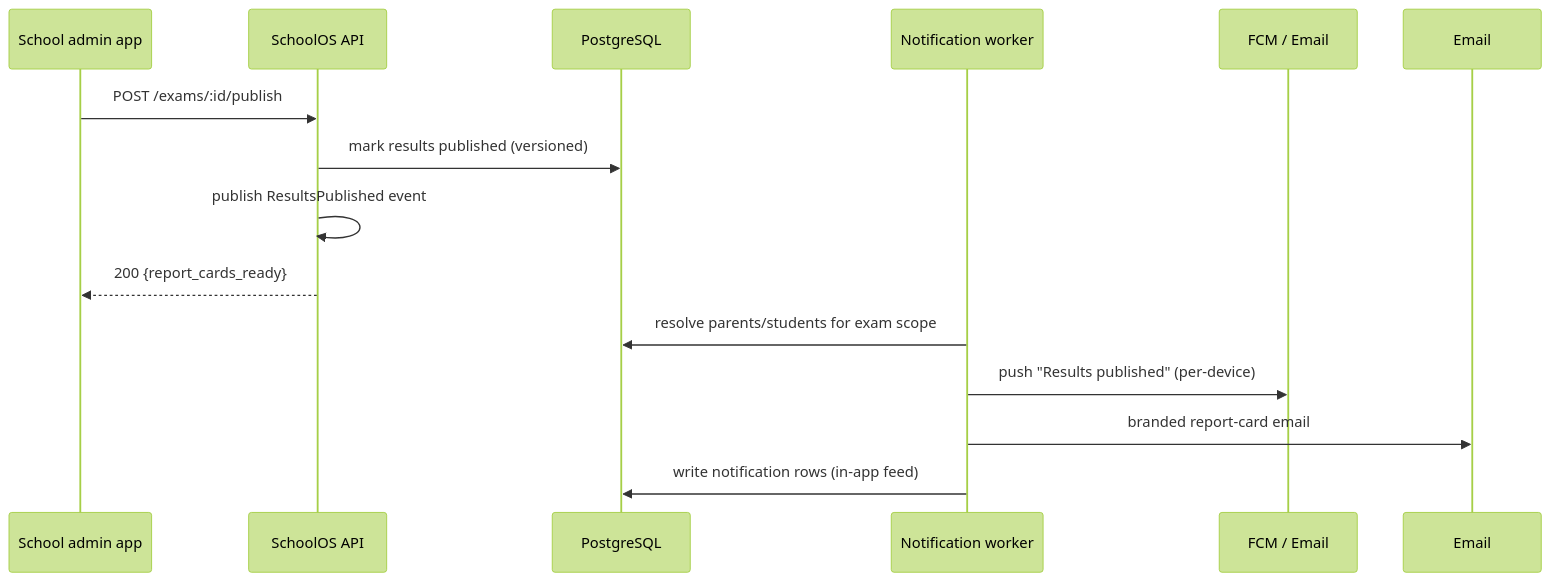
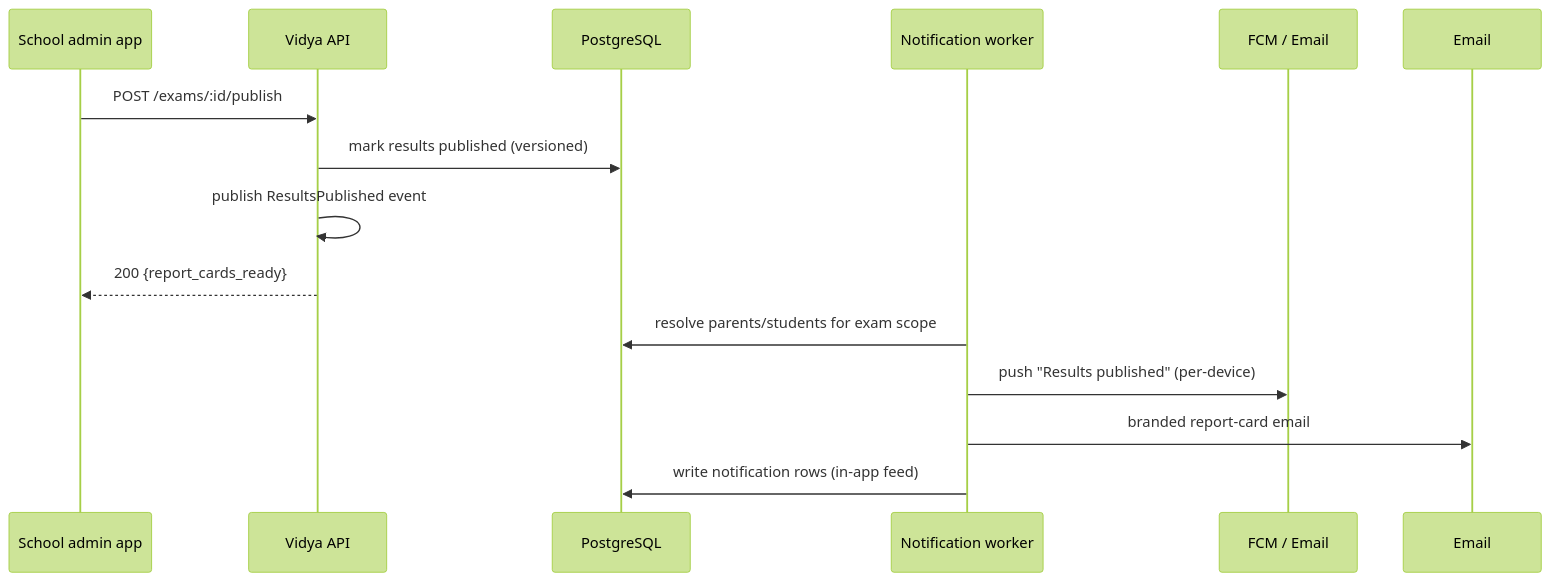
The fourth of 5 diagrams in docs/02-architecture.md (youngcoder45/Vidya), drawn with Mermaid (forest theme) before and after one commit. The commit also changed other lines of this file and 65 other files, not shown here.

````diff
--- a/docs/02-architecture.md
+++ b/docs/02-architecture.md
@@ -160,17 +160,17 @@
 ```mermaid
 sequenceDiagram
     participant Admin as School admin app
-    participant API as SchoolOS API
+    participant API as Vidya API
     participant DB as PostgreSQL
     participant NOT as Notification worker
     participant FCM as FCM / Email
 
     Admin->>API: POST /exams/:id/publish
     API->>DB: mark results published (versioned)
     API->>API: publish ResultsPublished event
     API-->>Admin: 200 {report_cards_ready}
     NOT->>DB: resolve parents/students for exam scope
     NOT->>FCM: push "Results published" (per-device)
     NOT->>Email: branded report-card email
     NOT->>DB: write notification rows (in-app feed)
 ```
````
